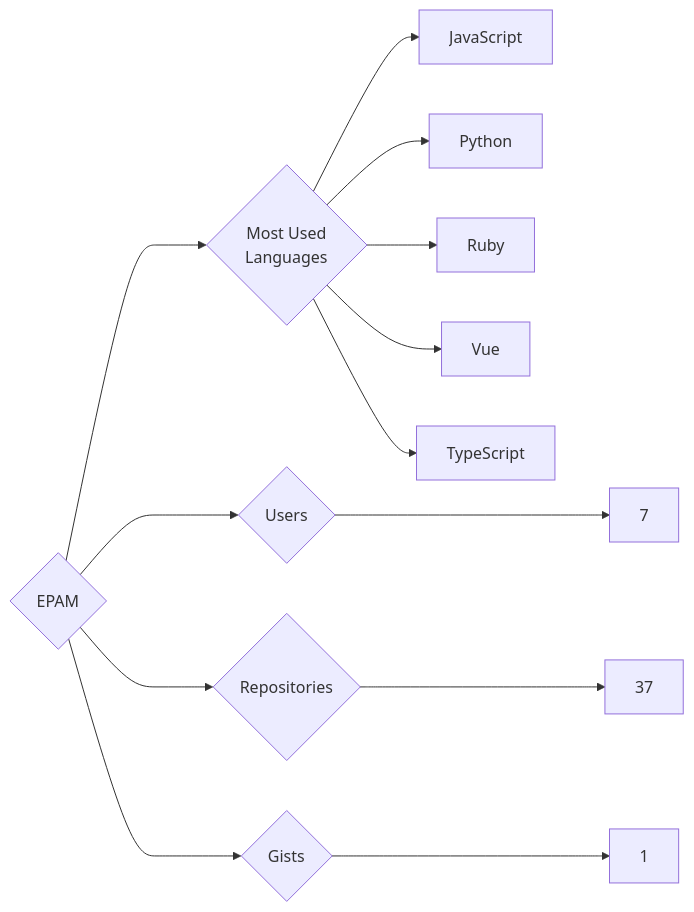
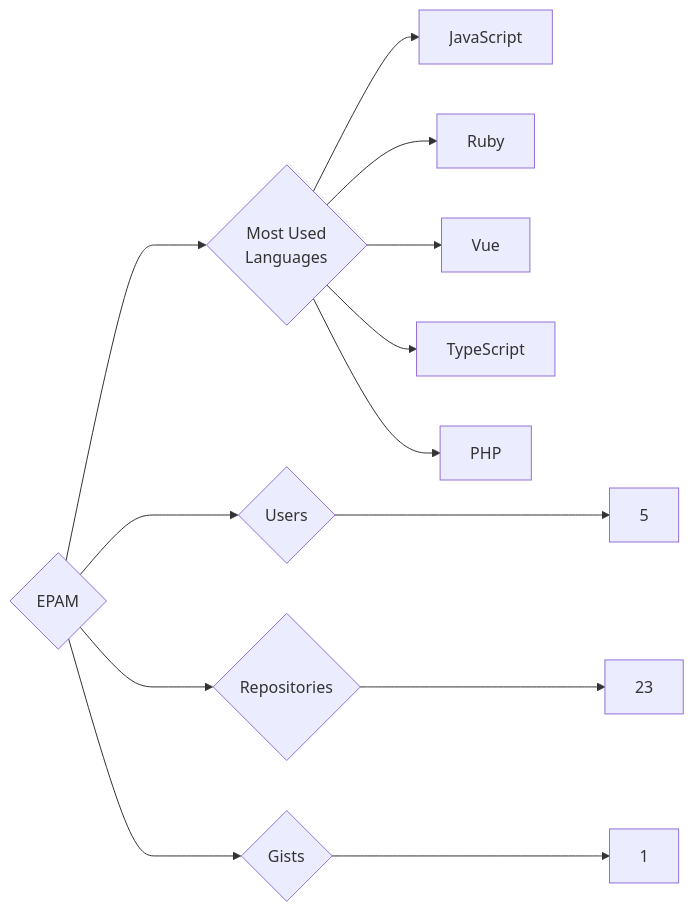
One commit to trickest/insiders changed the diagram in targets/EPAM/README.md. Above: the diagram before and after it, drawn with Mermaid. The commit also changed 985 other files, not shown here.

````diff
--- a/targets/EPAM/README.md
+++ b/targets/EPAM/README.md
@@ -3,13 +3,13 @@
 ```mermaid
 graph LR
 COMPANY_NAME{EPAM}
-COMPANY_NAME ---> U{Users} ---> UN[7]
-COMPANY_NAME ---> R{Repositories} ---> RN[37]
+COMPANY_NAME ---> U{Users} ---> UN[5]
+COMPANY_NAME ---> R{Repositories} ---> RN[23]
 COMPANY_NAME ---> G{Gists} ---> GN[1]
 COMPANY_NAME ---> ML{Most Used<br>Languages}
 ML --> JavaScript[JavaScript]
-ML --> Python[Python]
 ML --> Ruby[Ruby]
 ML --> Vue[Vue]
 ML --> TypeScript[TypeScript]
+ML --> PHP[PHP]
 ```
````
